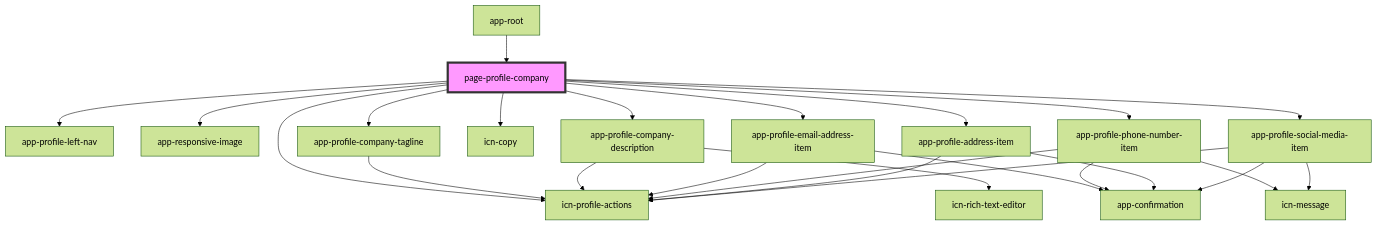
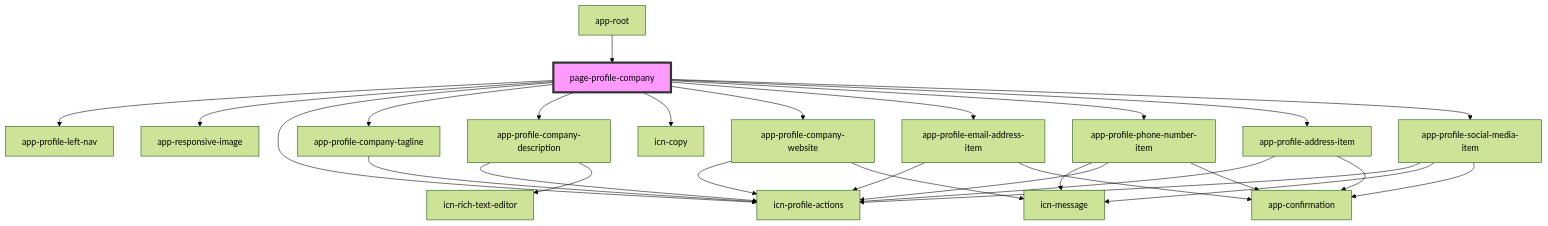
One commit to lokheed/IconEventNetwork.Web changed the diagram in iconeventnetwork-web/src/components/pages/page-profile-company/readme.md. Above: the diagram before and after it, drawn with Mermaid (forest theme). The commit also changed other lines of this file and 13 other files, not shown here.

Commit message:
US 542 T703 company profile website

````diff
--- a/iconeventnetwork-web/src/components/pages/page-profile-company/readme.md
+++ b/iconeventnetwork-web/src/components/pages/page-profile-company/readme.md
@@ -35,28 +36,31 @@
 ```mermaid
 graph TD;
   page-profile-company --> app-profile-left-nav
   page-profile-company --> app-responsive-image
   page-profile-company --> icn-profile-actions
   page-profile-company --> app-profile-company-tagline
   page-profile-company --> app-profile-company-description
   page-profile-company --> icn-copy
+  page-profile-company --> app-profile-company-website
   page-profile-company --> app-profile-email-address-item
   page-profile-company --> app-profile-phone-number-item
   page-profile-company --> app-profile-address-item
   page-profile-company --> app-profile-social-media-item
   app-profile-company-tagline --> icn-profile-actions
   app-profile-company-description --> icn-profile-actions
   app-profile-company-description --> icn-rich-text-editor
+  app-profile-company-website --> icn-profile-actions
+  app-profile-company-website --> icn-message
   app-profile-email-address-item --> icn-profile-actions
   app-profile-email-address-item --> app-confirmation
   app-profile-phone-number-item --> icn-message
   app-profile-phone-number-item --> icn-profile-actions
   app-profile-phone-number-item --> app-confirmation
   app-profile-address-item --> icn-profile-actions
   app-profile-address-item --> app-confirmation
   app-profile-social-media-item --> icn-profile-actions
   app-profile-social-media-item --> icn-message
   app-profile-social-media-item --> app-confirmation
   app-root --> page-profile-company
   style page-profile-company fill:#f9f,stroke:#333,stroke-width:4px
 ```
````
